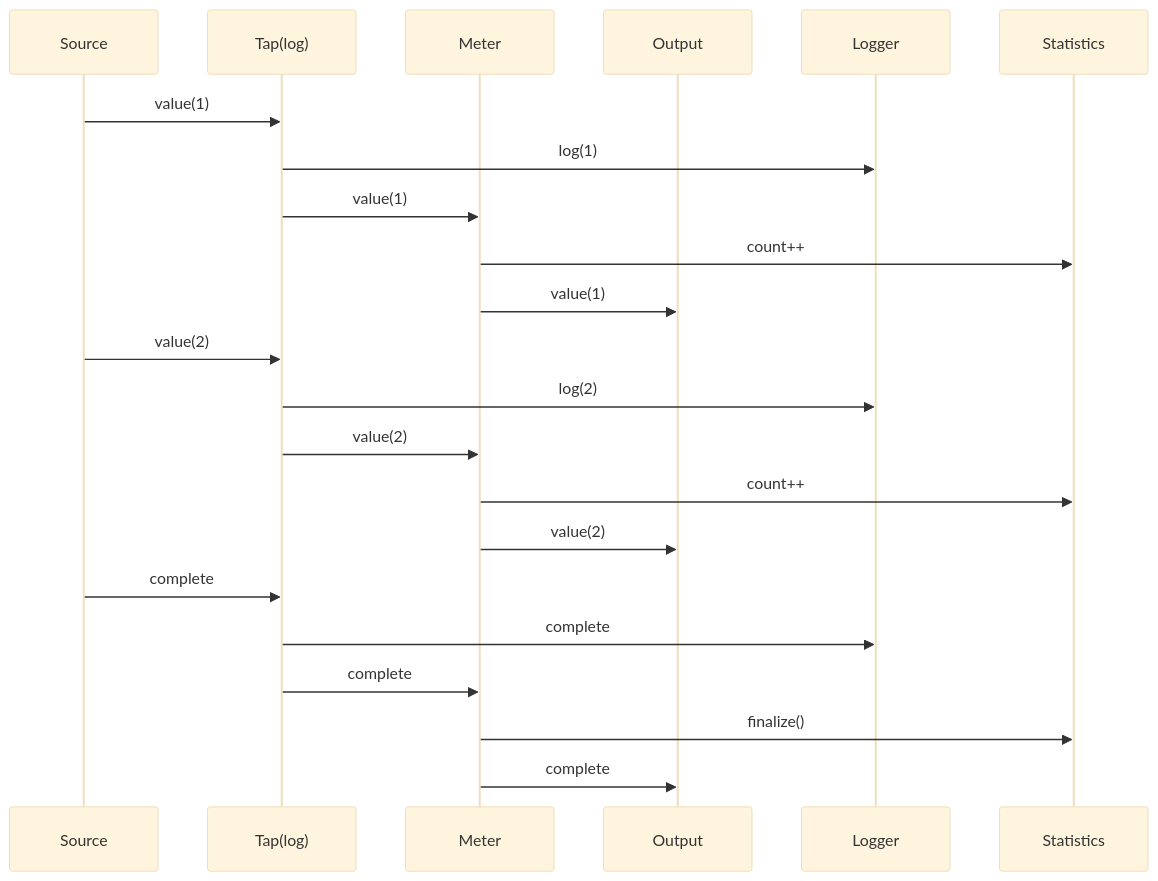
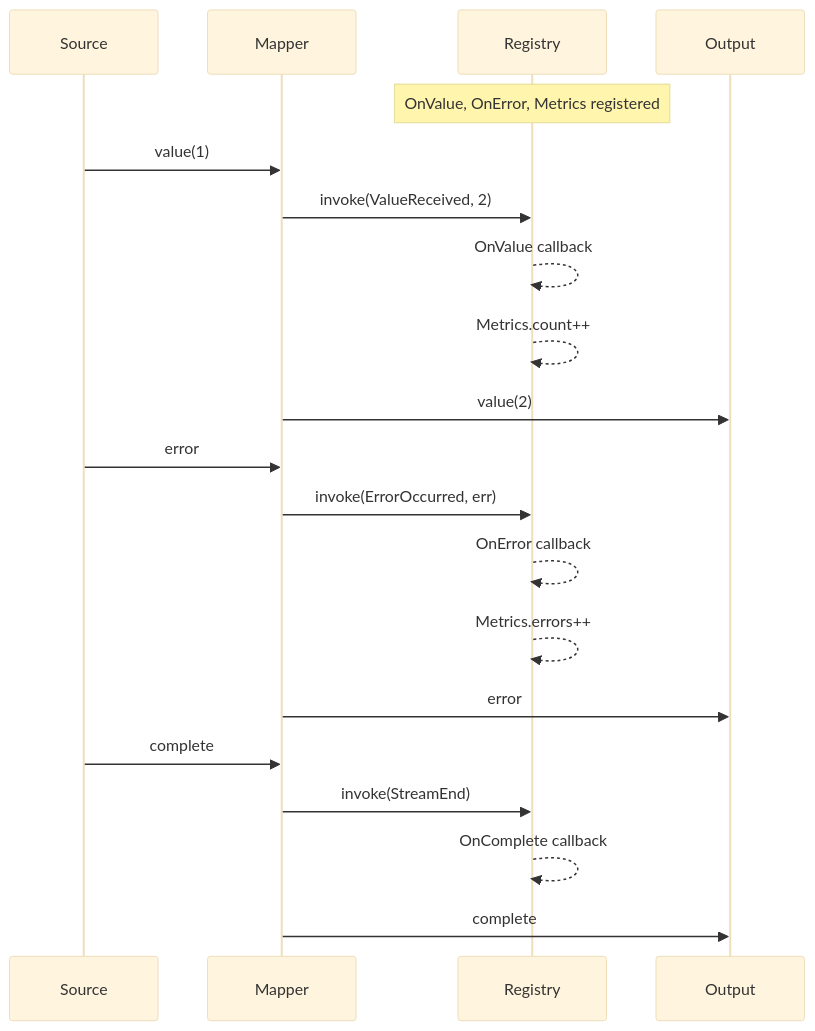
The second of 2 diagrams in flow/observe/README.md (helzpont/min-flow), drawn with Mermaid (base theme) before and after one commit. The commit also changed other lines of this file and 16 other files, not shown here.

````diff
--- a/flow/observe/README.md
+++ b/flow/observe/README.md
@@ -151,27 +159,26 @@
 ```mermaid
 sequenceDiagram
     participant S as Source
-    participant T as Tap(log)
-    participant M as Meter
+    participant M as Mapper
+    participant R as Registry
     participant O as Output
-    participant L as Logger
-    participant Stats as Statistics
 
-    S->>T: value(1)
-    T->>L: log(1)
-    T->>M: value(1)
-    M->>Stats: count++
-    M->>O: value(1)
+    Note over R: OnValue, OnError, Metrics registered
 
-    S->>T: value(2)
-    T->>L: log(2)
-    T->>M: value(2)
-    M->>Stats: count++
+    S->>M: value(1)
+    M->>R: invoke(ValueReceived, 2)
+    R-->>R: OnValue callback
+    R-->>R: Metrics.count++
     M->>O: value(2)
 
-    S->>T: complete
-    T->>L: complete
-    T->>M: complete
-    M->>Stats: finalize()
+    S->>M: error
+    M->>R: invoke(ErrorOccurred, err)
+    R-->>R: OnError callback
+    R-->>R: Metrics.errors++
+    M->>O: error
+
+    S->>M: complete
+    M->>R: invoke(StreamEnd)
+    R-->>R: OnComplete callback
     M->>O: complete
 ```
````
